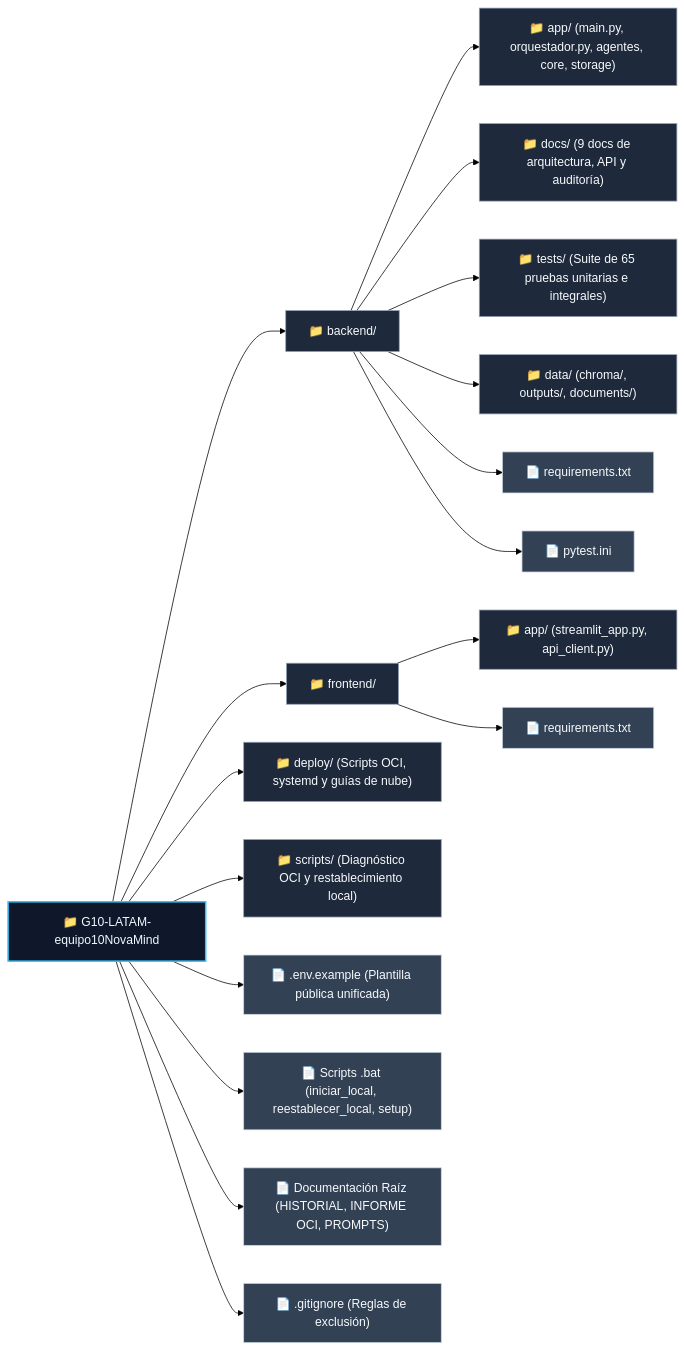
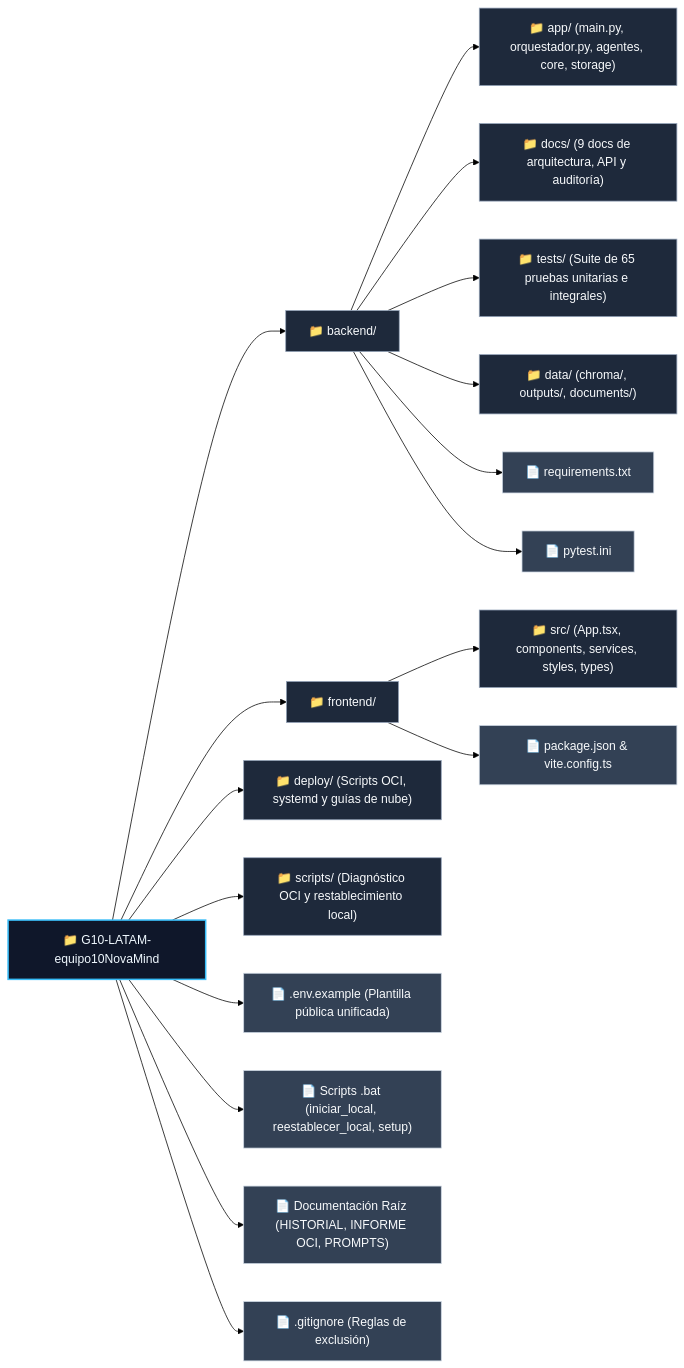
Before and after one commit to No-Country-simulation/G10-LATAM-equipo10NovaMind: the second of 4 diagrams in README.md, drawn with Mermaid (forest theme). The commit also changed other lines of this file and 53 other files, not shown here.

````diff
--- a/README.md
+++ b/README.md
@@ -93,33 +93,33 @@
 ```mermaid
 graph LR
     %% Estilos
     classDef root fill:#0f172a,stroke:#38bdf8,stroke-width:2px,color:#f0f9ff;
     classDef dir fill:#1e293b,stroke:#94a3b8,stroke-width:1px,color:#f8fafc;
     classDef file fill:#334155,stroke:#cbd5e1,stroke-width:1px,color:#f8fafc;
 
     ROOT["📁 G10-LATAM-equipo10NovaMind"]:::root
 
     %% BACKEND
     ROOT --> B_DIR["📁 backend/"]:::dir
     B_DIR --> B_APP["📁 app/ (main.py, orquestador.py, agentes, core, storage)"]:::dir
     B_DIR --> B_DOCS["📁 docs/ (9 docs de arquitectura, API y auditoría)"]:::dir
     B_DIR --> B_TESTS["📁 tests/ (Suite de 65 pruebas unitarias e integrales)"]:::dir
     B_DIR --> B_DATA["📁 data/ (chroma/, outputs/, documents/)"]:::dir
     B_DIR --> B_REQ["📄 requirements.txt"]:::file
     B_DIR --> B_INI["📄 pytest.ini"]:::file
 
     %% FRONTEND
     ROOT --> F_DIR["📁 frontend/"]:::dir
-    F_DIR --> F_APP["📁 app/ (streamlit_app.py, api_client.py)"]:::dir
-    F_DIR --> F_REQ["📄 requirements.txt"]:::file
+    F_DIR --> F_SRC["📁 src/ (App.tsx, components, services, styles, types)"]:::dir
+    F_DIR --> F_PKG["📄 package.json & vite.config.ts"]:::file
 
     %% DEPLOY & SCRIPTS
     ROOT --> D_DIR["📁 deploy/ (Scripts OCI, systemd y guías de nube)"]:::dir
     ROOT --> S_DIR["📁 scripts/ (Diagnóstico OCI y restablecimiento local)"]:::dir
 
     %% RAÍZ
     ROOT --> R_ENV["📄 .env.example (Plantilla pública unificada)"]:::file
     ROOT --> R_BAT["📄 Scripts .bat (iniciar_local, reestablecer_local, setup)"]:::file
     ROOT --> R_DOC["📄 Documentación Raíz (HISTORIAL, INFORME OCI, PROMPTS)"]:::file
     ROOT --> R_GIT["📄 .gitignore (Reglas de exclusión)"]:::file
 ```
````
